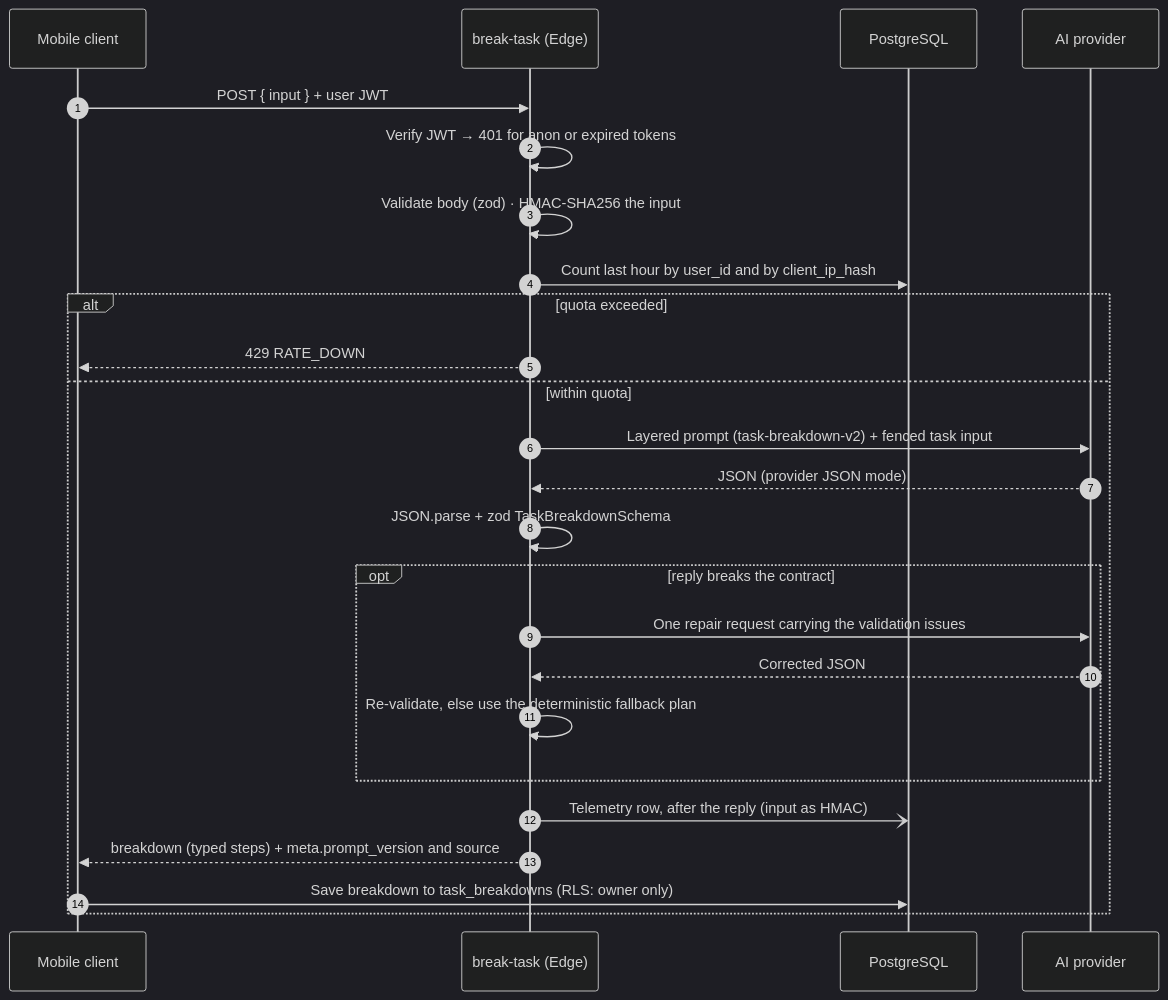
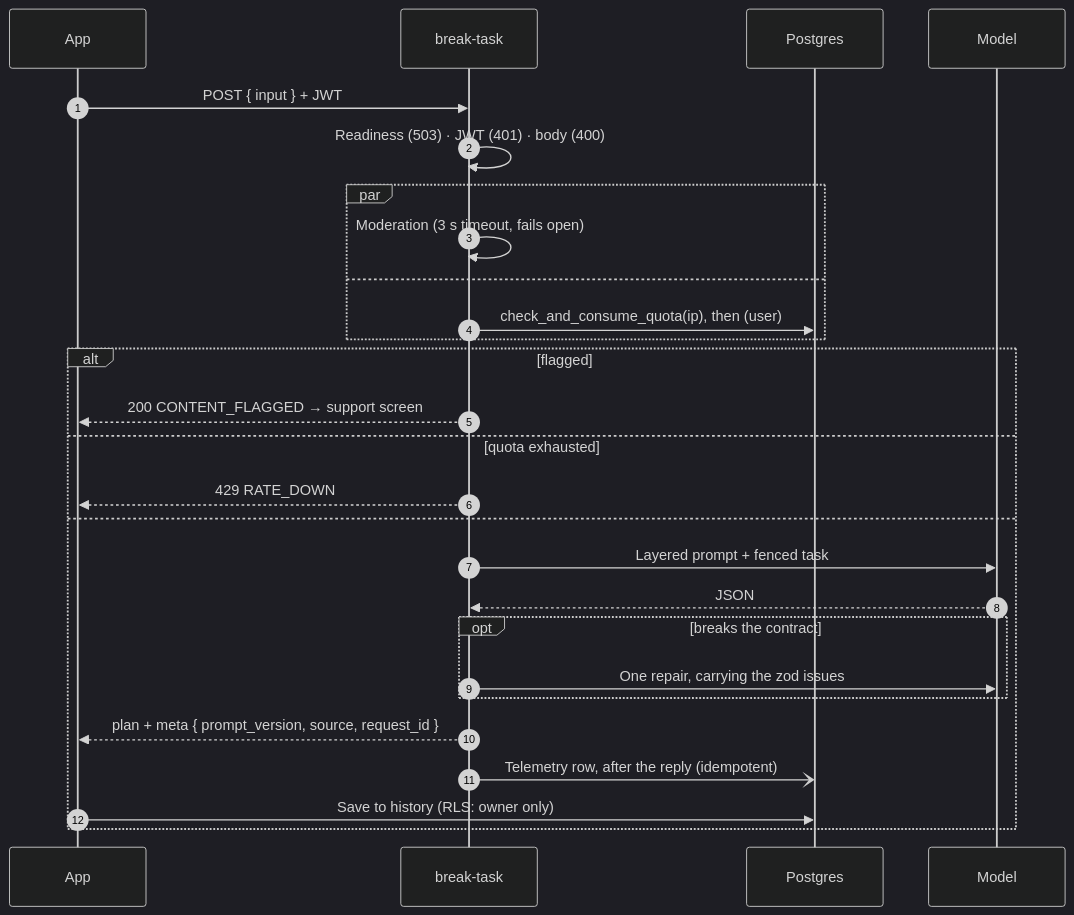
The second of 2 diagrams in README.md (ahmetHakanSenel/Minito), drawn with Mermaid (dark theme) before and after one commit. The commit also changed other lines of this file and 16 other files, not shown here.

````diff
--- a/README.md
+++ b/README.md
@@ -65,28 +63,30 @@
 ```mermaid
 sequenceDiagram
   autonumber
-  participant App as Mobile client
-  participant EF as break-task (Edge)
-  participant DB as PostgreSQL
-  participant LLM as AI provider
+  participant App
+  participant EF as break-task
+  participant DB as Postgres
+  participant LLM as Model
 
-  App->>EF: POST { input } + user JWT
-  EF->>EF: Verify JWT → 401 for anon or expired tokens
-  EF->>EF: Validate body (zod) · HMAC-SHA256 the input
-  EF->>DB: Count last hour by user_id and by client_ip_hash
-  alt quota exceeded
+  App->>EF: POST { input } + JWT
+  EF->>EF: Readiness (503) · JWT (401) · body (400)
+  par
+    EF->>EF: Moderation (3 s timeout, fails open)
+  and
+    EF->>DB: check_and_consume_quota(ip), then (user)
+  end
+  alt flagged
+    EF-->>App: 200 CONTENT_FLAGGED → support screen
+  else quota exhausted
     EF-->>App: 429 RATE_DOWN
-  else within quota
-    EF->>LLM: Layered prompt (task-breakdown-v2) + fenced task input
-    LLM-->>EF: JSON (provider JSON mode)
-    EF->>EF: JSON.parse + zod TaskBreakdownSchema
-    opt reply breaks the contract
-      EF->>LLM: One repair request carrying the validation issues
-      LLM-->>EF: Corrected JSON
-      EF->>EF: Re-validate, else use the deterministic fallback plan
+  else
+    EF->>LLM: Layered prompt + fenced task
+    LLM-->>EF: JSON
+    opt breaks the contract
+      EF->>LLM: One repair, carrying the zod issues
     end
-    EF-)DB: Telemetry row, after the reply (input as HMAC)
-    EF-->>App: breakdown (typed steps) + meta.prompt_version and source
-    App->>DB: Save breakdown to task_breakdowns (RLS: owner only)
+    EF-->>App: plan + meta { prompt_version, source, request_id }
+    EF-)DB: Telemetry row, after the reply (idempotent)
+    App->>DB: Save to history (RLS: owner only)
   end
 ```
````
